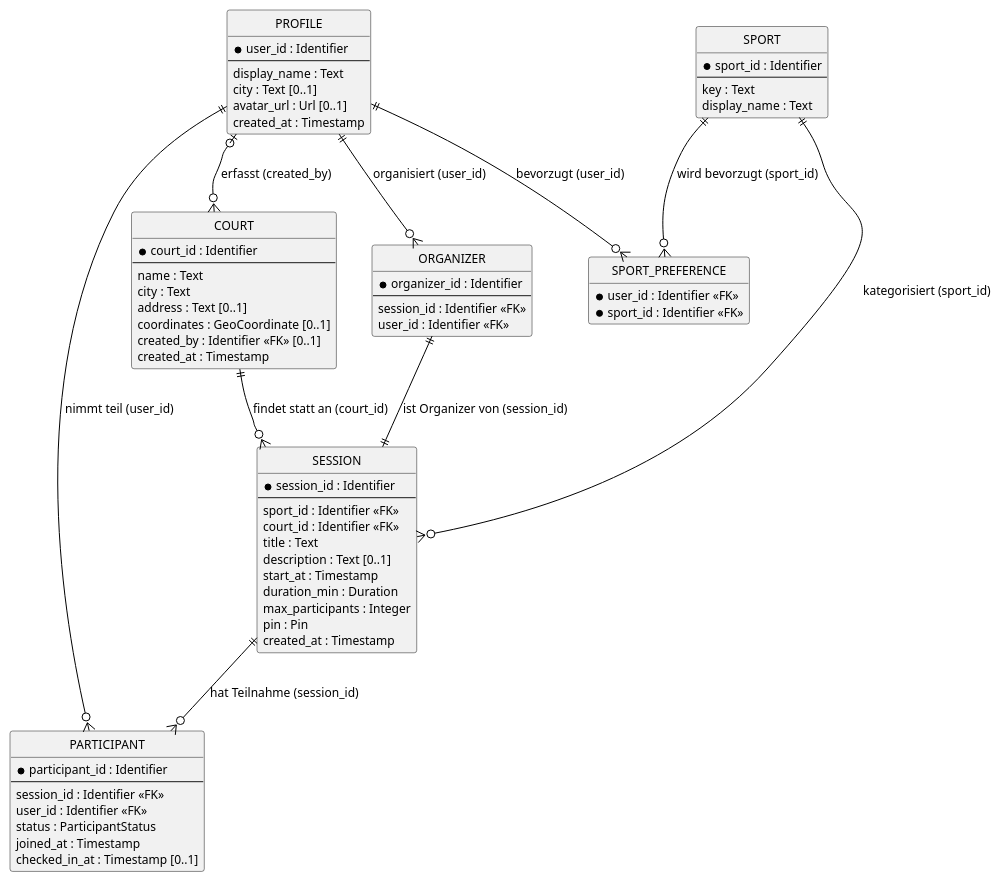
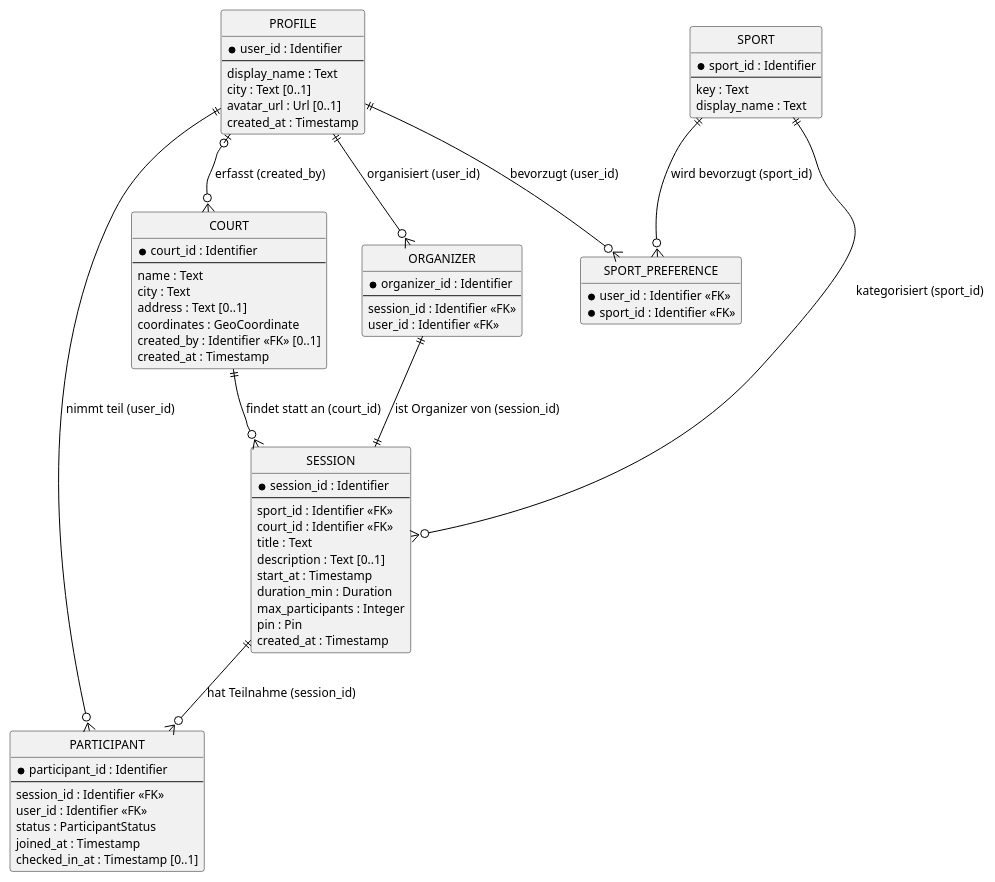
The diagram in docs/spec/diagrams/D1-er-diagramm.puml (Finn5k/Wirtschaftsinformatik-Projekt-I), drawn with PlantUML before and after one commit. The commit also changed 13 other files, not shown here.

Commit message:
docs: align final specification and architecture consistency

```diff
--- a/docs/spec/diagrams/D1-er-diagramm.puml
+++ b/docs/spec/diagrams/D1-er-diagramm.puml
@@ -1,87 +1,87 @@
 @startuml D1-er-diagramm
 skinparam backgroundColor White
 skinparam shadowing false
 skinparam ArrowColor Black
 skinparam ArrowFontSize 11
 skinparam defaultFontSize 12
 skinparam entity {
   BackgroundColor White
   BorderColor Black
 }
 hide circle
 hide empty members
 
 entity "PROFILE" as profile {
   * user_id : Identifier
   --
   display_name : Text
   city : Text [0..1]
   avatar_url : Url [0..1]
   created_at : Timestamp
 }
 
 entity "SPORT" as sport {
   * sport_id : Identifier
   --
   key : Text
   display_name : Text
 }
 
 entity "COURT" as court {
   * court_id : Identifier
   --
   name : Text
   city : Text
   address : Text [0..1]
-  coordinates : GeoCoordinate [0..1]
+  coordinates : GeoCoordinate
   created_by : Identifier <<FK>> [0..1]
   created_at : Timestamp
 }
 
 entity "SESSION" as session {
   * session_id : Identifier
   --
   sport_id : Identifier <<FK>>
   court_id : Identifier <<FK>>
   title : Text
   description : Text [0..1]
   start_at : Timestamp
   duration_min : Duration
   max_participants : Integer
   pin : Pin
   created_at : Timestamp
 }
 
 entity "ORGANIZER" as organizer {
   * organizer_id : Identifier
   --
   session_id : Identifier <<FK>>
   user_id : Identifier <<FK>>
 }
 
 entity "PARTICIPANT" as participant {
   * participant_id : Identifier
   --
   session_id : Identifier <<FK>>
   user_id : Identifier <<FK>>
   status : ParticipantStatus
   joined_at : Timestamp
   checked_in_at : Timestamp [0..1]
 }
 
 entity "SPORT_PREFERENCE" as sport_preference {
   * user_id : Identifier <<FK>>
   * sport_id : Identifier <<FK>>
 }
 
 profile         ||--o{ organizer         : organisiert (user_id)
 organizer       ||--||  session           : ist Organizer von (session_id)
 profile         ||--o{ participant       : nimmt teil (user_id)
 session         ||--o{ participant       : hat Teilnahme (session_id)
 sport           ||--o{ session           : kategorisiert (sport_id)
 court           ||--o{ session           : findet statt an (court_id)
 profile         ||--o{ sport_preference  : bevorzugt (user_id)
 sport           ||--o{ sport_preference  : wird bevorzugt (sport_id)
 profile         |o--o{ court             : erfasst (created_by)
 
 @enduml
```
